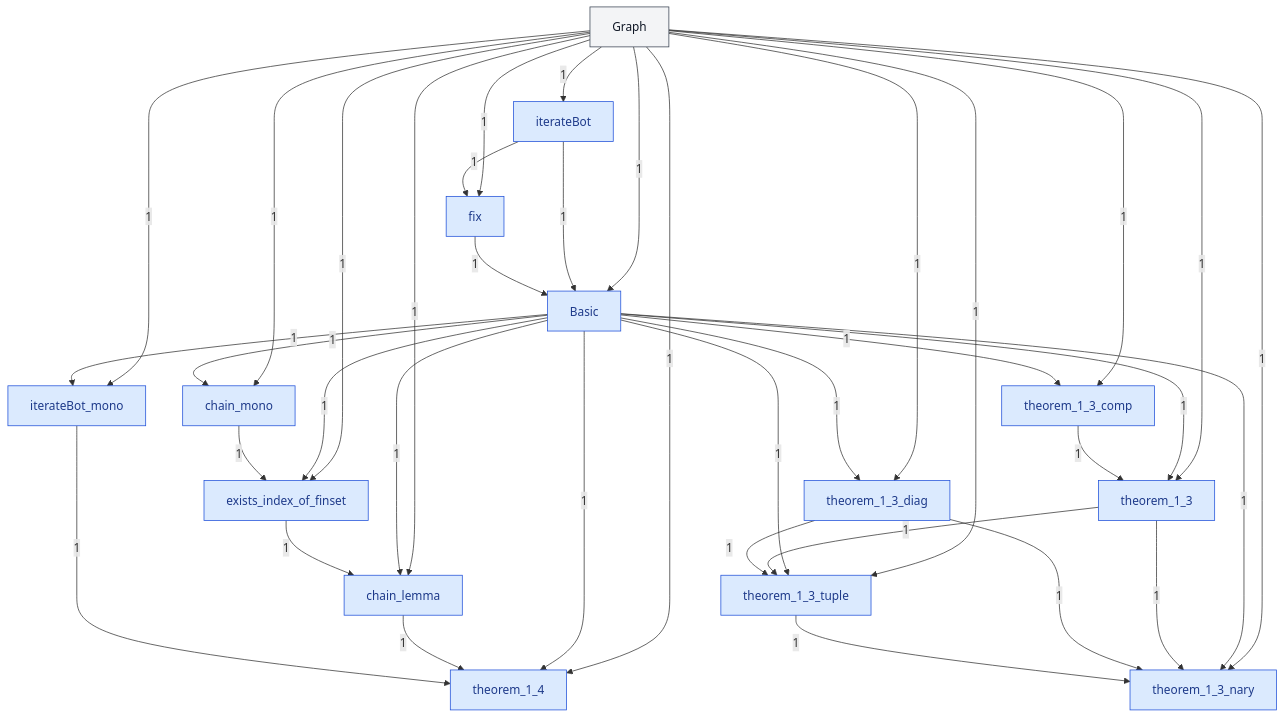
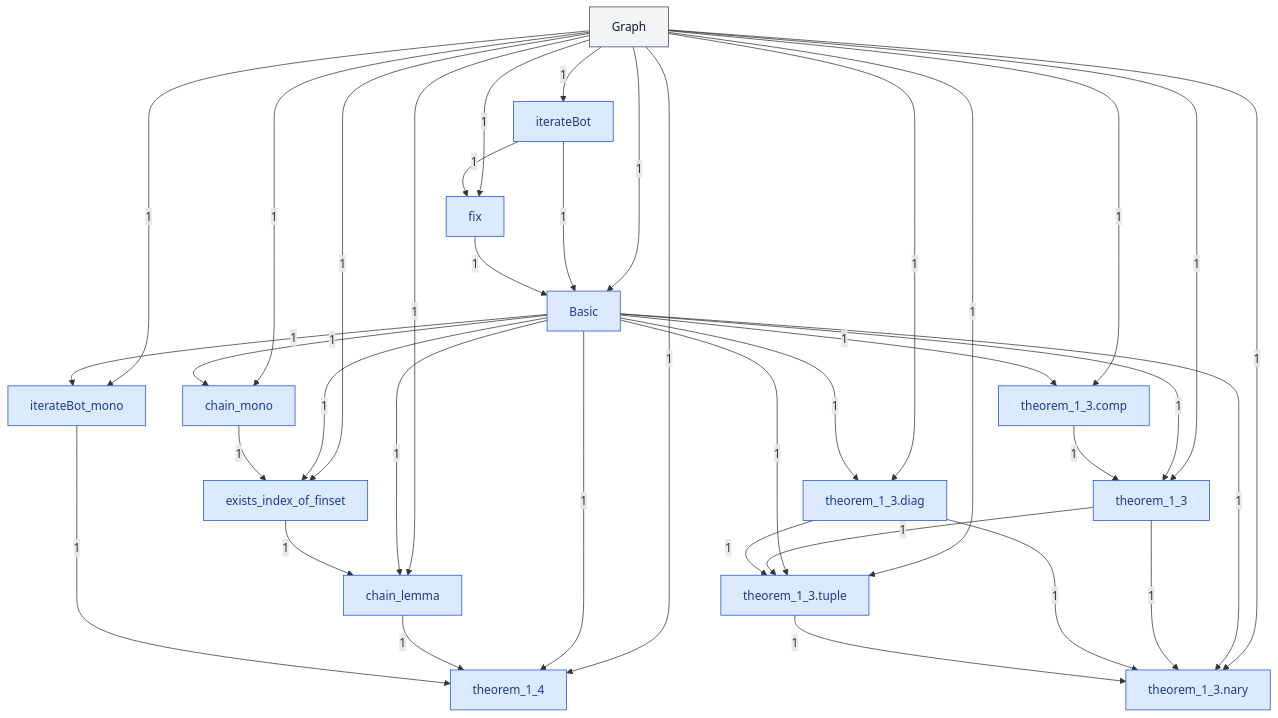
The diagram in DomainTheory/DataTypesAsLattices/FixedPoint/FixedPoint.mermaid (catskillsresearch/DomainTheory), drawn with Mermaid before and after one commit. The commit also changed 416 other files, not shown here.

```diff
--- a/DomainTheory/DataTypesAsLattices/FixedPoint/FixedPoint.mermaid
+++ b/DomainTheory/DataTypesAsLattices/FixedPoint/FixedPoint.mermaid
@@ -1,73 +1,73 @@
 %% Inside FixedPoint. A box is one Lean file in this folder, or one subfolder.
 %% A box named as another folder is that whole folder. A box named as another chapter is that whole chapter.
 %% The arrowhead points at the file or folder that imports. The label is how many direct imports.
 flowchart TB
   N0["Graph"]
   N1["iterateBot"]
   N2["fix"]
   N3["Basic"]
   N4["chain_mono"]
   N5["exists_index_of_finset"]
   N6["chain_lemma"]
   N7["iterateBot_mono"]
-  N8["theorem_1_3_comp"]
+  N8["theorem_1_3.comp"]
   N9["theorem_1_3"]
-  N10["theorem_1_3_diag"]
-  N11["theorem_1_3_tuple"]
-  N12["theorem_1_3_nary"]
+  N10["theorem_1_3.diag"]
+  N11["theorem_1_3.tuple"]
+  N12["theorem_1_3.nary"]
   N13["theorem_1_4"]
 
   N0 -->|"1"| N1
   N0 -->|"1"| N2
   N1 -->|"1"| N2
   N0 -->|"1"| N3
   N1 -->|"1"| N3
   N2 -->|"1"| N3
   N0 -->|"1"| N4
   N3 -->|"1"| N4
   N0 -->|"1"| N5
   N3 -->|"1"| N5
   N4 -->|"1"| N5
   N0 -->|"1"| N6
   N3 -->|"1"| N6
   N5 -->|"1"| N6
   N0 -->|"1"| N7
   N3 -->|"1"| N7
   N0 -->|"1"| N8
   N3 -->|"1"| N8
   N0 -->|"1"| N9
   N3 -->|"1"| N9
   N8 -->|"1"| N9
   N0 -->|"1"| N10
   N3 -->|"1"| N10
   N0 -->|"1"| N11
   N3 -->|"1"| N11
   N9 -->|"1"| N11
   N10 -->|"1"| N11
   N0 -->|"1"| N12
   N3 -->|"1"| N12
   N9 -->|"1"| N12
   N10 -->|"1"| N12
   N11 -->|"1"| N12
   N0 -->|"1"| N13
   N3 -->|"1"| N13
   N6 -->|"1"| N13
   N7 -->|"1"| N13
 
   classDef file fill:#dbeafe,stroke:#1d4ed8,color:#1e3a8a
   classDef ext fill:#f3f4f6,stroke:#374151,color:#111827
 
   class N0 ext
   class N1 file
   class N2 file
   class N3 file
   class N4 file
   class N5 file
   class N6 file
   class N7 file
   class N8 file
   class N9 file
   class N10 file
   class N11 file
   class N12 file
   class N13 file
```
